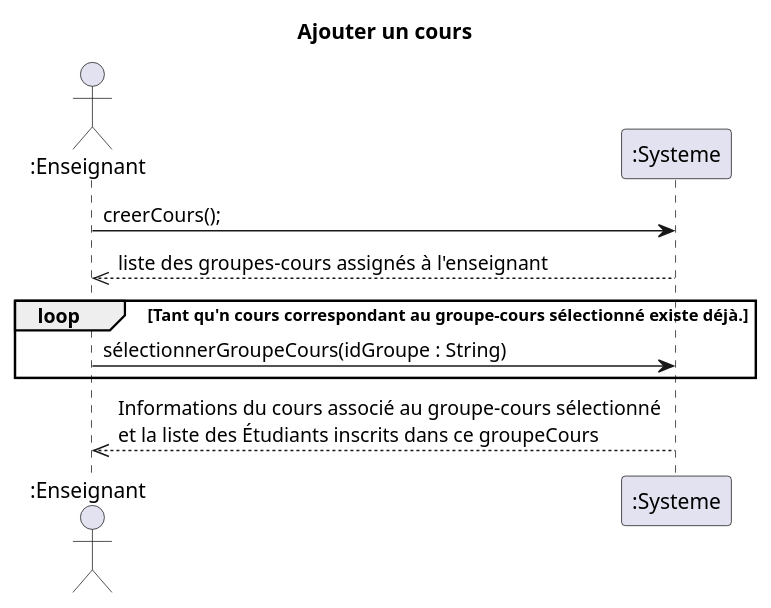
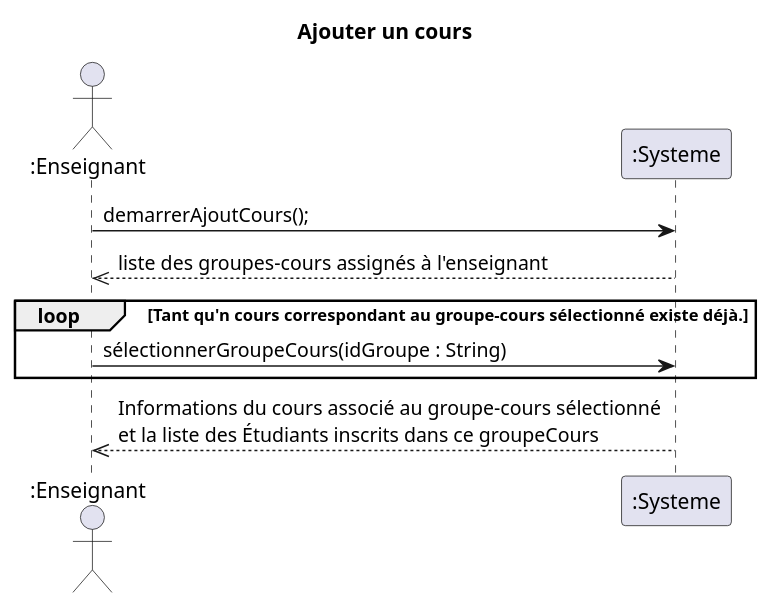
The diagram in docs/modeles/cu01/dss-ajouter-cours.puml (xMrYahya/moodle-clone), drawn with PlantUML before and after one commit. The commit also changed 3 other files, not shown here.

```diff
--- a/docs/modeles/cu01/dss-ajouter-cours.puml
+++ b/docs/modeles/cu01/dss-ajouter-cours.puml
@@ -1,14 +1,14 @@
 @startuml
 title Ajouter un cours
 actor ":Enseignant" as e
 participant ":Systeme" as s
 
-e->s : creerCours();
+e->s : demarrerAjoutCours();
 
 s-->>e : liste des groupes-cours assignés à l'enseignant
 loop Tant qu'n cours correspondant au groupe-cours sélectionné existe déjà.
 e->s : sélectionnerGroupeCours(idGroupe : String)
 end loop
 s-->>e : Informations du cours associé au groupe-cours sélectionné \net la liste des Étudiants inscrits dans ce groupeCours
 
 @enduml
```
